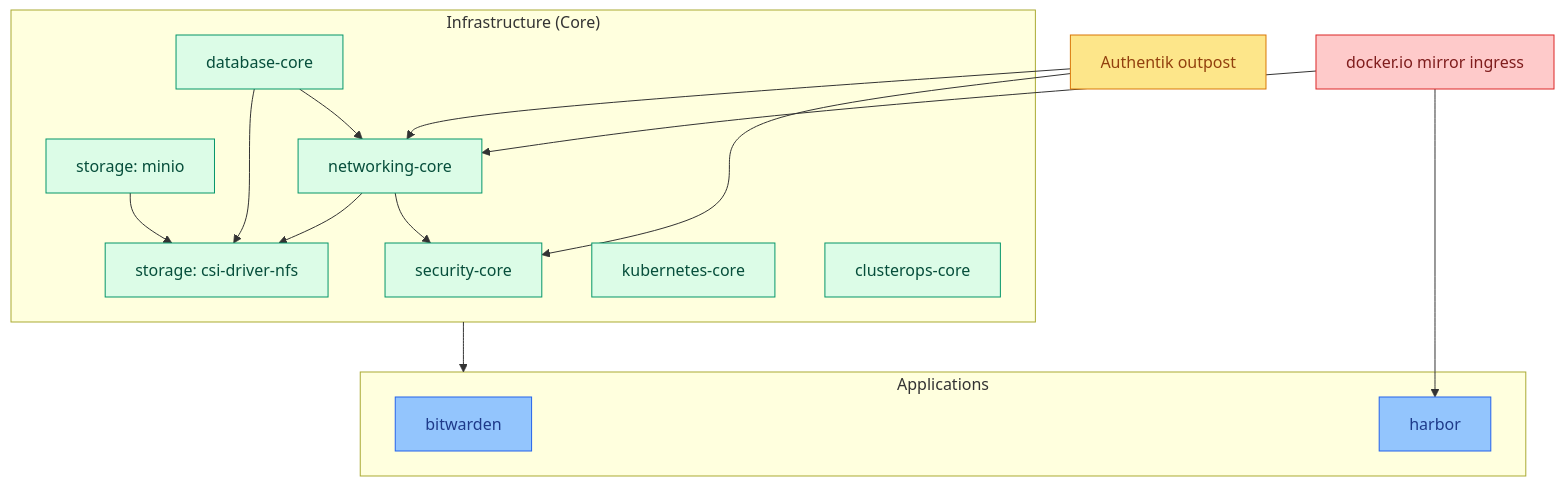
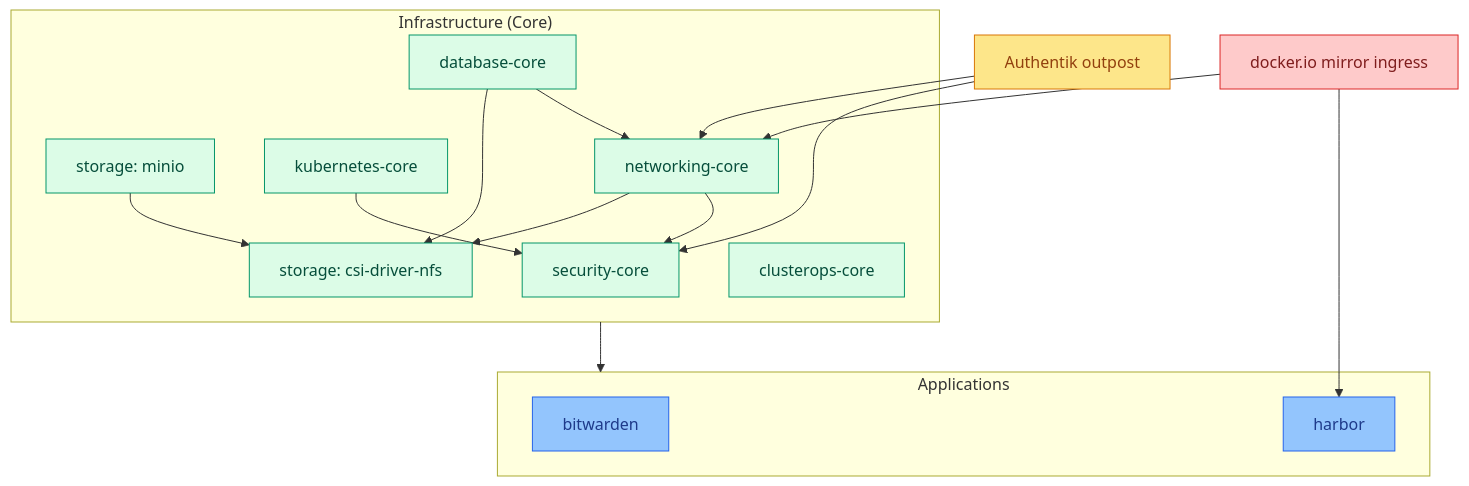
The diagram in clusters/nas/README.md (ppat/homelab-ops-kubernetes-clusters), drawn with Mermaid before and after one commit. The commit also changed other lines of this file and 3 other files, not shown here.

````diff
--- a/clusters/nas/README.md
+++ b/clusters/nas/README.md
@@ -53,33 +54,34 @@
 ```mermaid
 flowchart TB
     classDef core fill:#dcfce7,stroke:#059669,color:#064e3b
     classDef apps fill:#93c5fd,stroke:#2563eb,color:#1e3a8a
     classDef outpost fill:#fde68a,stroke:#d97706,color:#92400e
     classDef mirror fill:#fecaca,stroke:#dc2626,color:#7f1d1d
 
     subgraph Core["Infrastructure (Core)"]
         sec[security-core]:::core
         nfs[storage: csi-driver-nfs]:::core
         minio[storage: minio]:::core
         k8s[kubernetes-core]:::core
         net[networking-core]:::core
         db[database-core]:::core
         ops[clusterops-core]:::core
     end
 
     subgraph Apps["Applications"]
         bw[bitwarden]:::apps
         harbor:::apps
     end
 
     out[Authentik outpost]:::outpost
     dio[docker.io mirror ingress]:::mirror
 
+    k8s --> sec
     net --> sec & nfs
     minio --> nfs
     db --> net & nfs
     out --> sec & net
     dio --> net & harbor
 
     Core --> Apps
 ```
````
